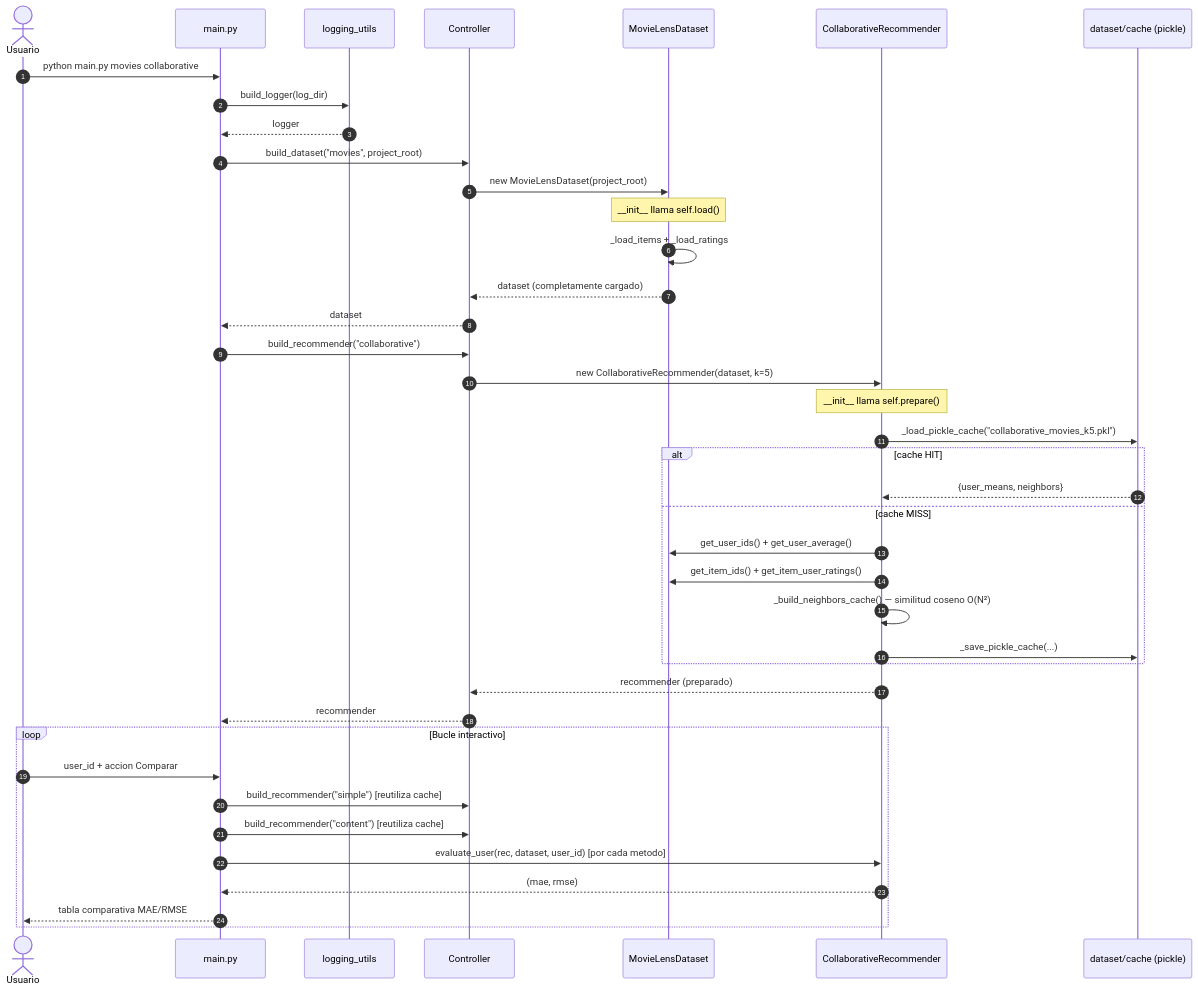
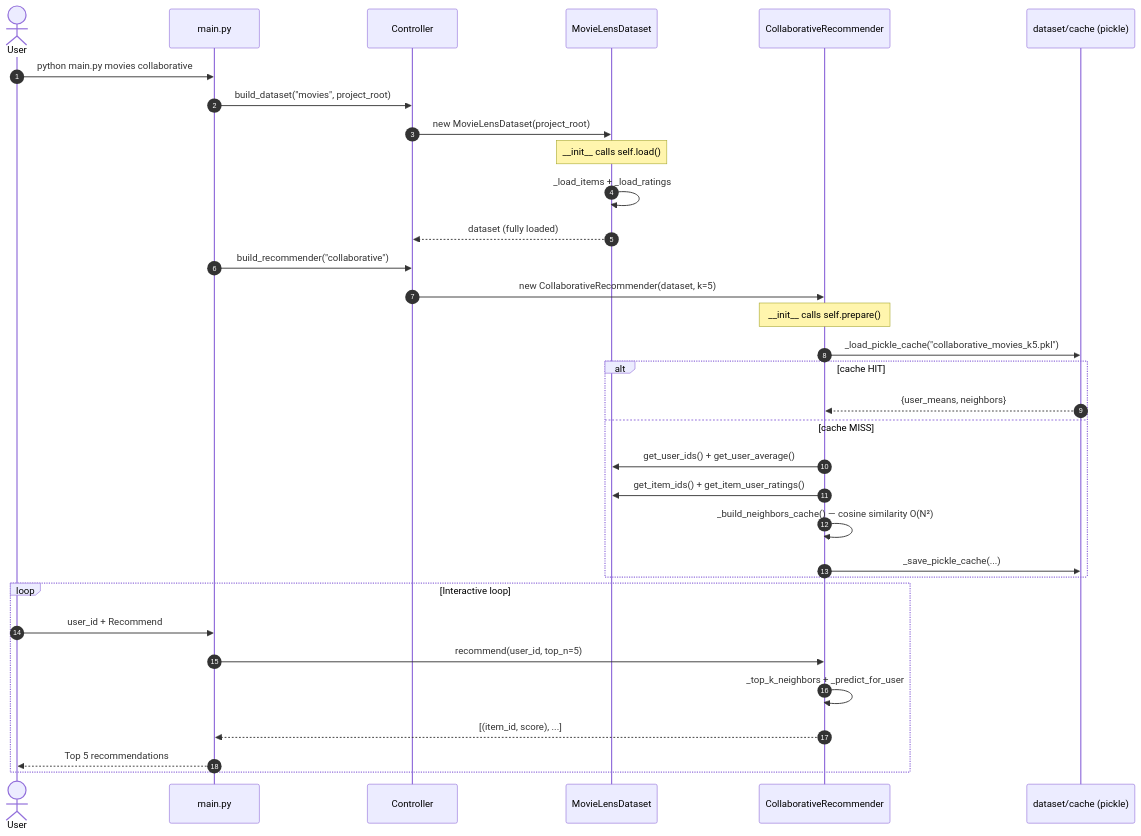
The second of 2 diagrams in README.md (Braisfabrega/modular-recommender), drawn with Mermaid before and after one commit. The commit also changed other lines of this file, not shown here.

````diff
--- a/README.md
+++ b/README.md
@@ -775,43 +217,36 @@
 ```mermaid
 sequenceDiagram
   autonumber
-  actor Usuario
+  actor User
   participant Main as main.py
-  participant Logger as logging_utils
   participant Controller as Controller
   participant Dataset as MovieLensDataset
   participant Recommender as CollaborativeRecommender
   participant Cache as dataset/cache (pickle)
 
-  Usuario->>Main: python main.py movies collaborative
-  Main->>Logger: build_logger(log_dir)
-  Logger-->>Main: logger
+  User->>Main: python main.py movies collaborative
   Main->>Controller: build_dataset("movies", project_root)
   Controller->>Dataset: new MovieLensDataset(project_root)
-  Note over Dataset: __init__ llama self.load()
+  Note over Dataset: __init__ calls self.load()
   Dataset->>Dataset: _load_items + _load_ratings
-  Dataset-->>Controller: dataset (completamente cargado)
-  Controller-->>Main: dataset
+  Dataset-->>Controller: dataset (fully loaded)
   Main->>Controller: build_recommender("collaborative")
   Controller->>Recommender: new CollaborativeRecommender(dataset, k=5)
-  Note over Recommender: __init__ llama self.prepare()
+  Note over Recommender: __init__ calls self.prepare()
   Recommender->>Cache: _load_pickle_cache("collaborative_movies_k5.pkl")
   alt cache HIT
     Cache-->>Recommender: {user_means, neighbors}
   else cache MISS
     Recommender->>Dataset: get_user_ids() + get_user_average()
     Recommender->>Dataset: get_item_ids() + get_item_user_ratings()
-    Recommender->>Recommender: _build_neighbors_cache() — similitud coseno O(N²)
+    Recommender->>Recommender: _build_neighbors_cache() — cosine similarity O(N²)
     Recommender->>Cache: _save_pickle_cache(...)
   end
-  Recommender-->>Controller: recommender (preparado)
-  Controller-->>Main: recommender
-  loop Bucle interactivo
-    Usuario->>Main: user_id + accion Comparar
-    Main->>Controller: build_recommender("simple") [reutiliza cache]
-    Main->>Controller: build_recommender("content") [reutiliza cache]
-    Main->>Recommender: evaluate_user(rec, dataset, user_id) [por cada metodo]
-    Recommender-->>Main: (mae, rmse)
-    Main-->>Usuario: tabla comparativa MAE/RMSE
+  loop Interactive loop
+    User->>Main: user_id + Recommend
+    Main->>Recommender: recommend(user_id, top_n=5)
+    Recommender->>Recommender: _top_k_neighbors + _predict_for_user
+    Recommender-->>Main: [(item_id, score), ...]
+    Main-->>User: Top 5 recommendations
   end
 ```
````
